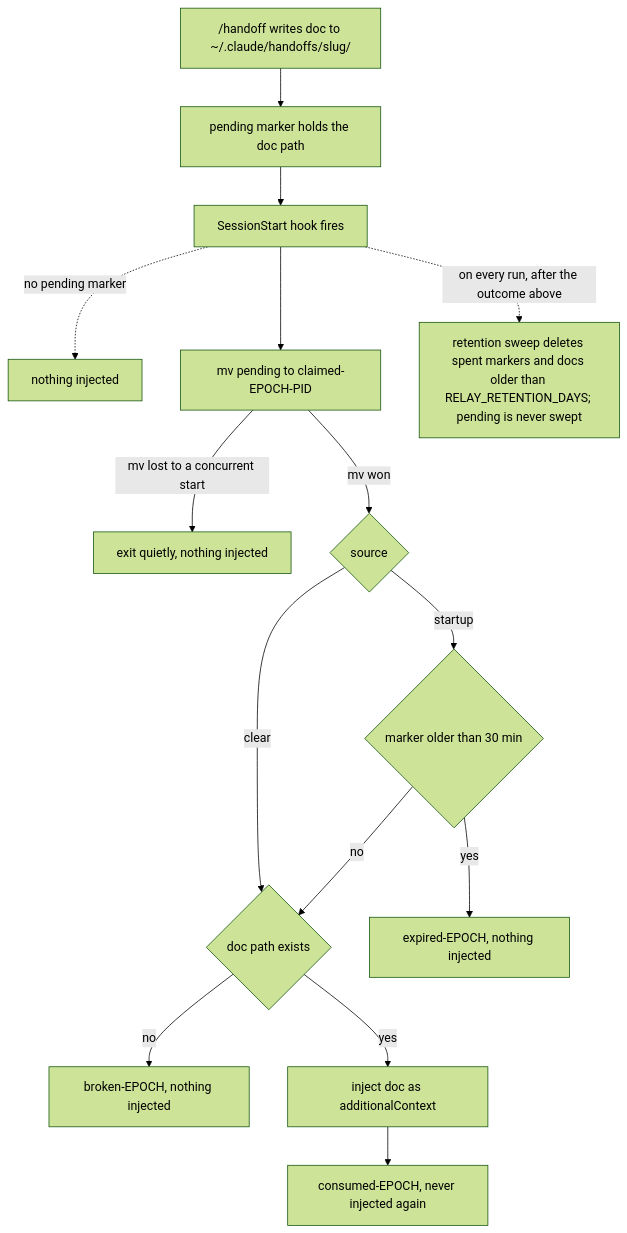
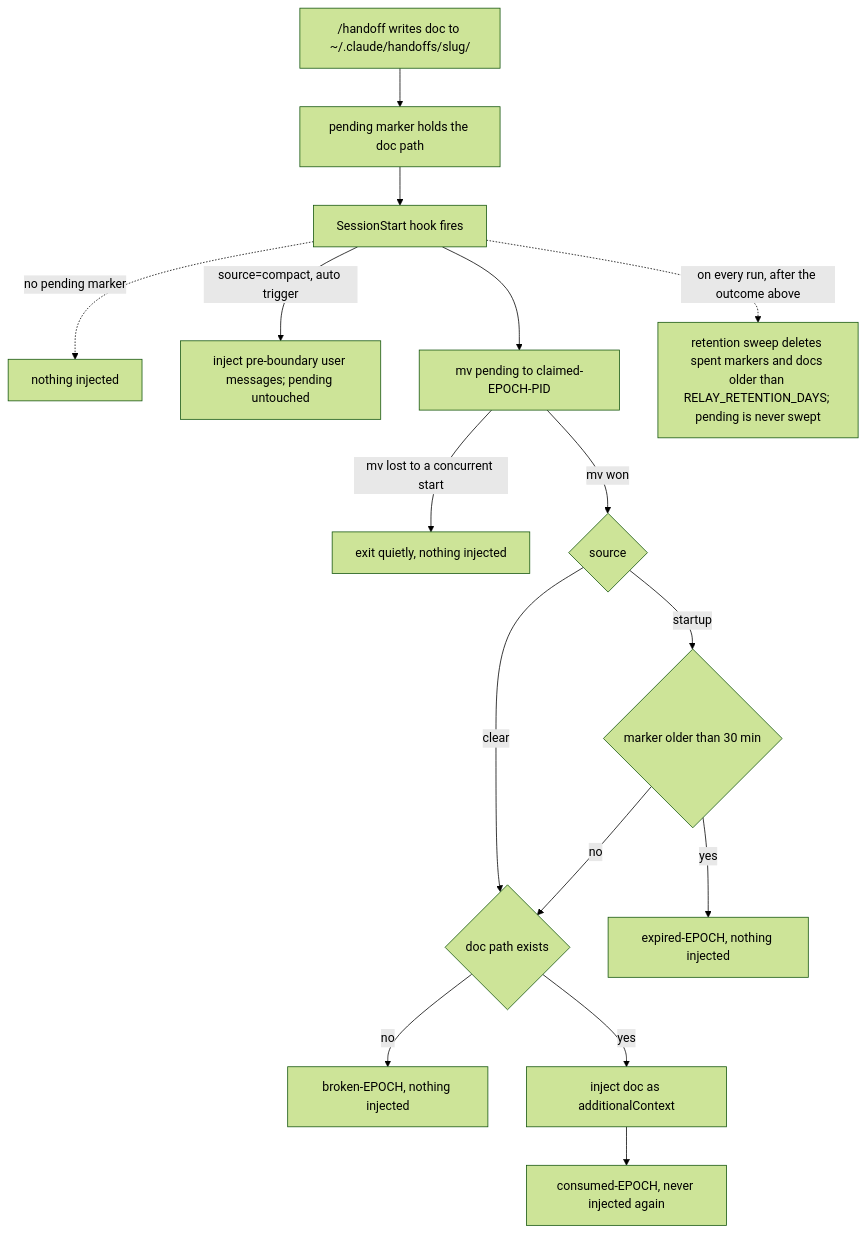
Before and after one commit to starfysh-tech/nautilai: the diagram in relay/README.md, drawn with Mermaid (forest theme). The commit also changed other lines of this file and 21 other files, not shown here.

````diff
--- a/relay/README.md
+++ b/relay/README.md
@@ -71,17 +72,18 @@
 ```mermaid
 flowchart TD
     A["/handoff writes doc to ~/.claude/handoffs/slug/"] --> B["pending marker holds the doc path"]
     B --> C["SessionStart hook fires"]
     C -.->|"no pending marker"| M["nothing injected"]
+    C -->|"source=compact, auto trigger"| P["inject pre-boundary user messages; pending untouched"]
     C --> D["mv pending to claimed-EPOCH-PID"]
     D -->|"mv lost to a concurrent start"| E["exit quietly, nothing injected"]
     D -->|"mv won"| F{"source"}
     F -->|"clear"| H{"doc path exists"}
     F -->|"startup"| G{"marker older than 30 min"}
     G -->|"yes"| I["expired-EPOCH, nothing injected"]
     G -->|"no"| H
     H -->|"no"| J["broken-EPOCH, nothing injected"]
     H -->|"yes"| K["inject doc as additionalContext"]
     K --> L["consumed-EPOCH, never injected again"]
     C -.->|"on every run, after the outcome above"| N["retention sweep deletes spent markers and docs older than RELAY_RETENTION_DAYS; pending is never swept"]
 ```
````
